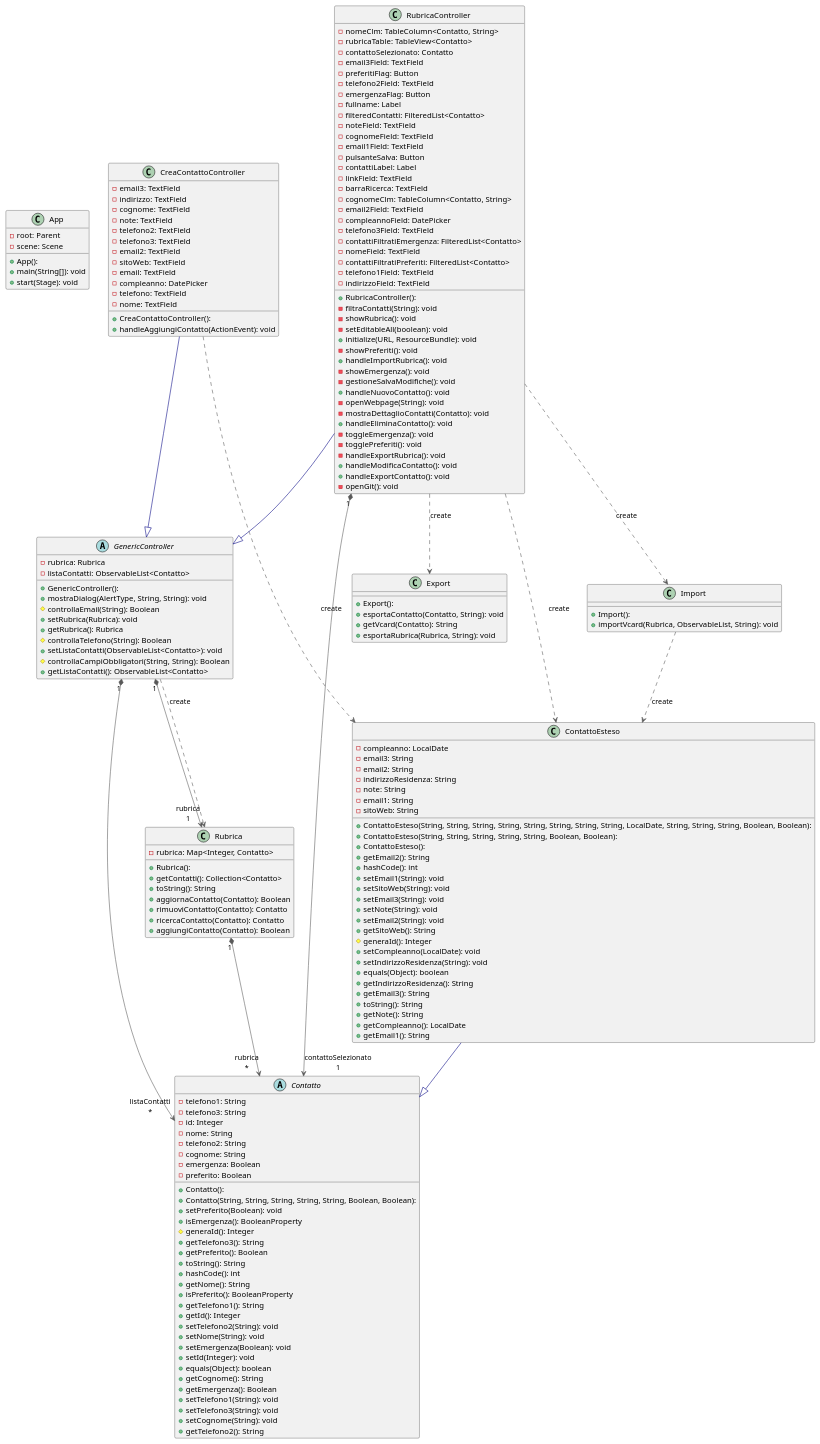
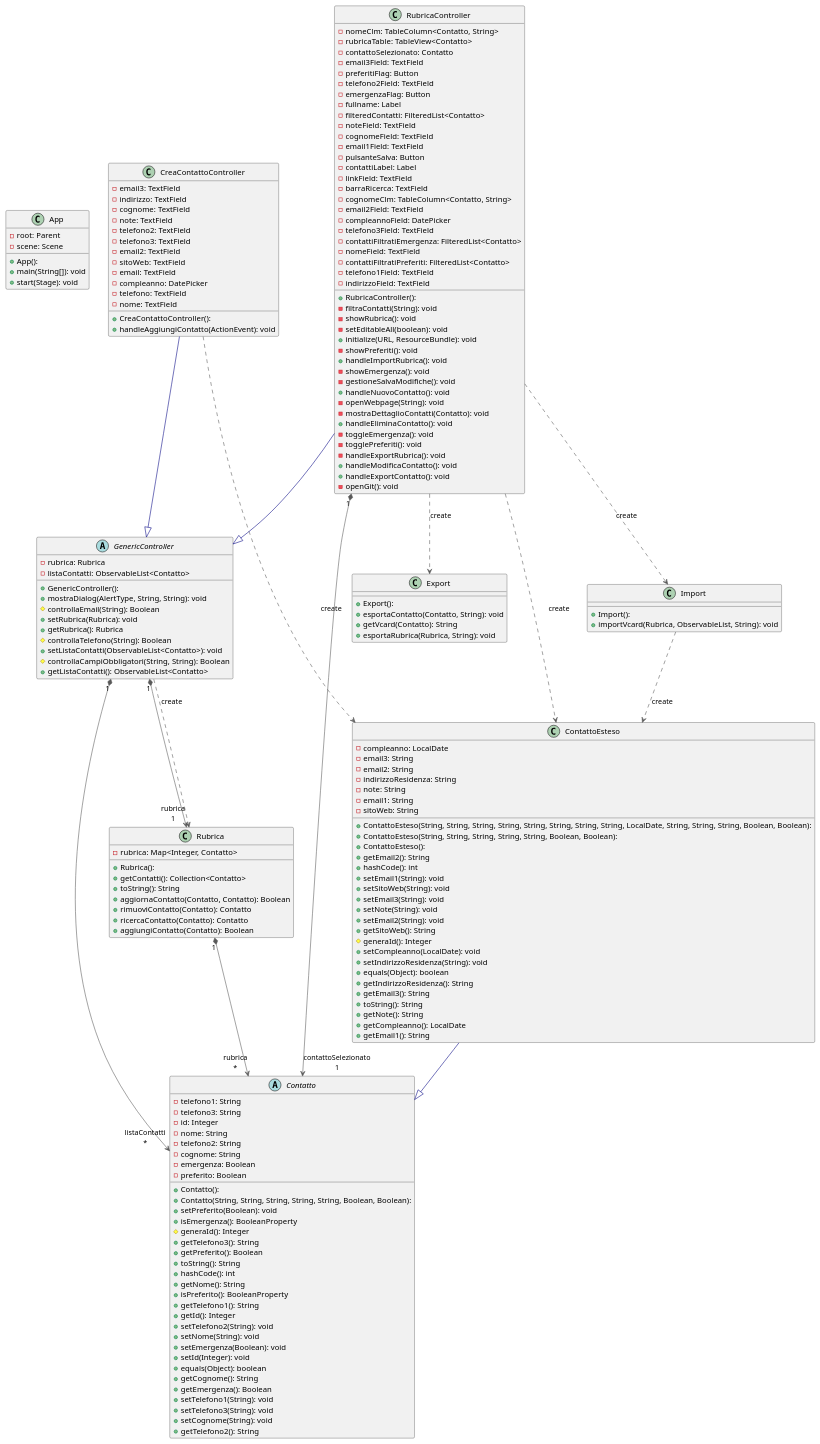
The diagram in docs/Diagrammi/Classi/DiagrammaClassiEsteso.plantuml (emanueletocci/uni-swe-project), drawn with PlantUML before and after one commit. The commit also changed 4 other files, not shown here.

```diff
--- a/docs/Diagrammi/Classi/DiagrammaClassiEsteso.plantuml
+++ b/docs/Diagrammi/Classi/DiagrammaClassiEsteso.plantuml
@@ -1,185 +1,185 @@
 @startuml
 
 top to bottom direction
 
 class App {
   + App(): 
   - root: Parent
   - scene: Scene
   + main(String[]): void
   + start(Stage): void
 }
 abstract class Contatto {
   + Contatto(): 
   + Contatto(String, String, String, String, String, Boolean, Boolean): 
   - telefono1: String
   - telefono3: String
   - id: Integer
   - nome: String
   - telefono2: String
   - cognome: String
   - emergenza: Boolean
   - preferito: Boolean
   + setPreferito(Boolean): void
   + isEmergenza(): BooleanProperty
   # generaId(): Integer
   + getTelefono3(): String
   + getPreferito(): Boolean
   + toString(): String
   + hashCode(): int
   + getNome(): String
   + isPreferito(): BooleanProperty
   + getTelefono1(): String
   + getId(): Integer
   + setTelefono2(String): void
   + setNome(String): void
   + setEmergenza(Boolean): void
   + setId(Integer): void
   + equals(Object): boolean
   + getCognome(): String
   + getEmergenza(): Boolean
   + setTelefono1(String): void
   + setTelefono3(String): void
   + setCognome(String): void
   + getTelefono2(): String
 }
 class ContattoEsteso {
   + ContattoEsteso(String, String, String, String, String, String, String, String, LocalDate, String, String, String, Boolean, Boolean): 
   + ContattoEsteso(String, String, String, String, String, Boolean, Boolean): 
   + ContattoEsteso(): 
   - compleanno: LocalDate
   - email3: String
   - email2: String
   - indirizzoResidenza: String
   - note: String
   - email1: String
   - sitoWeb: String
   + getEmail2(): String
   + hashCode(): int
   + setEmail1(String): void
   + setSitoWeb(String): void
   + setEmail3(String): void
   + setNote(String): void
   + setEmail2(String): void
   + getSitoWeb(): String
   # generaId(): Integer
   + setCompleanno(LocalDate): void
   + setIndirizzoResidenza(String): void
   + equals(Object): boolean
   + getIndirizzoResidenza(): String
   + getEmail3(): String
   + toString(): String
   + getNote(): String
   + getCompleanno(): LocalDate
   + getEmail1(): String
 }
 class CreaContattoController {
   + CreaContattoController(): 
   - email3: TextField
   - indirizzo: TextField
   - cognome: TextField
   - note: TextField
   - telefono2: TextField
   - telefono3: TextField
   - email2: TextField
   - sitoWeb: TextField
   - email: TextField
   - compleanno: DatePicker
   - telefono: TextField
   - nome: TextField
   + handleAggiungiContatto(ActionEvent): void
 }
 class Export {
   + Export(): 
   + esportaContatto(Contatto, String): void
   + getVcard(Contatto): String
   + esportaRubrica(Rubrica, String): void
 }
 abstract class GenericController {
   + GenericController(): 
   - rubrica: Rubrica
   - listaContatti: ObservableList<Contatto>
   + mostraDialog(AlertType, String, String): void
   # controllaEmail(String): Boolean
   + setRubrica(Rubrica): void
   + getRubrica(): Rubrica
   # controllaTelefono(String): Boolean
   + setListaContatti(ObservableList<Contatto>): void
   # controllaCampiObbligatori(String, String): Boolean
   + getListaContatti(): ObservableList<Contatto>
 }
 class Import {
   + Import(): 
   + importVcard(Rubrica, ObservableList, String): void
 }
 class Rubrica {
   + Rubrica(): 
   - rubrica: Map<Integer, Contatto>
   + getContatti(): Collection<Contatto>
   + toString(): String
-  + aggiornaContatto(Contatto): Boolean
+  + aggiornaContatto(Contatto, Contatto): Boolean
   + rimuoviContatto(Contatto): Contatto
   + ricercaContatto(Contatto): Contatto
   + aggiungiContatto(Contatto): Boolean
 }
 class RubricaController {
   + RubricaController(): 
   - nomeClm: TableColumn<Contatto, String>
   - rubricaTable: TableView<Contatto>
   - contattoSelezionato: Contatto
   - email3Field: TextField
   - preferitiFlag: Button
   - telefono2Field: TextField
   - emergenzaFlag: Button
   - fullname: Label
   - filteredContatti: FilteredList<Contatto>
   - noteField: TextField
   - cognomeField: TextField
   - email1Field: TextField
   - pulsanteSalva: Button
   - contattiLabel: Label
   - linkField: TextField
   - barraRicerca: TextField
   - cognomeClm: TableColumn<Contatto, String>
   - email2Field: TextField
   - compleannoField: DatePicker
   - telefono3Field: TextField
   - contattiFiltratiEmergenza: FilteredList<Contatto>
   - nomeField: TextField
   - contattiFiltratiPreferiti: FilteredList<Contatto>
   - telefono1Field: TextField
   - indirizzoField: TextField
   - filtraContatti(String): void
   - showRubrica(): void
   - setEditableAll(boolean): void
   + initialize(URL, ResourceBundle): void
   - showPreferiti(): void
   + handleImportRubrica(): void
   - showEmergenza(): void
   - gestioneSalvaModifiche(): void
   + handleNuovoContatto(): void
   - openWebpage(String): void
   - mostraDettaglioContatti(Contatto): void
   + handleEliminaContatto(): void
   - toggleEmergenza(): void
   - togglePreferiti(): void
   - handleExportRubrica(): void
   + handleModificaContatto(): void
   + handleExportContatto(): void
   - openGit(): void
 }
 
 ContattoEsteso          -[#000082,plain]-^  Contatto               
 CreaContattoController  -[#595959,dashed]->  ContattoEsteso         : "«create»"
 CreaContattoController  -[#000082,plain]-^  GenericController      
 GenericController      "1" *-[#595959,plain]-> "listaContatti\n*" Contatto               
 GenericController       -[#595959,dashed]->  Rubrica                : "«create»"
 GenericController      "1" *-[#595959,plain]-> "rubrica\n1" Rubrica                
 Import                  -[#595959,dashed]->  ContattoEsteso         : "«create»"
 Rubrica                "1" *-[#595959,plain]-> "rubrica\n*" Contatto               
 RubricaController      "1" *-[#595959,plain]-> "contattoSelezionato\n1" Contatto               
 RubricaController       -[#595959,dashed]->  ContattoEsteso         : "«create»"
 RubricaController       -[#595959,dashed]->  Export                 : "«create»"
 RubricaController       -[#000082,plain]-^  GenericController      
 RubricaController       -[#595959,dashed]->  Import                 : "«create»"
 @enduml
```
